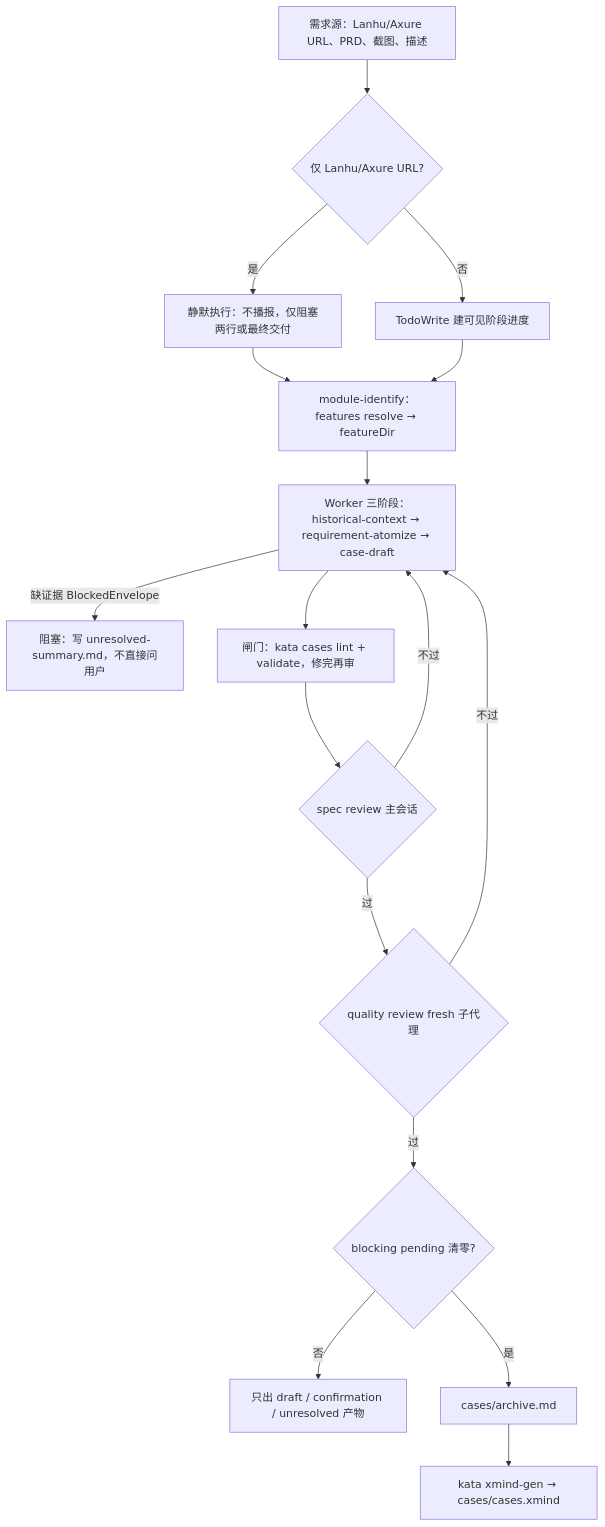
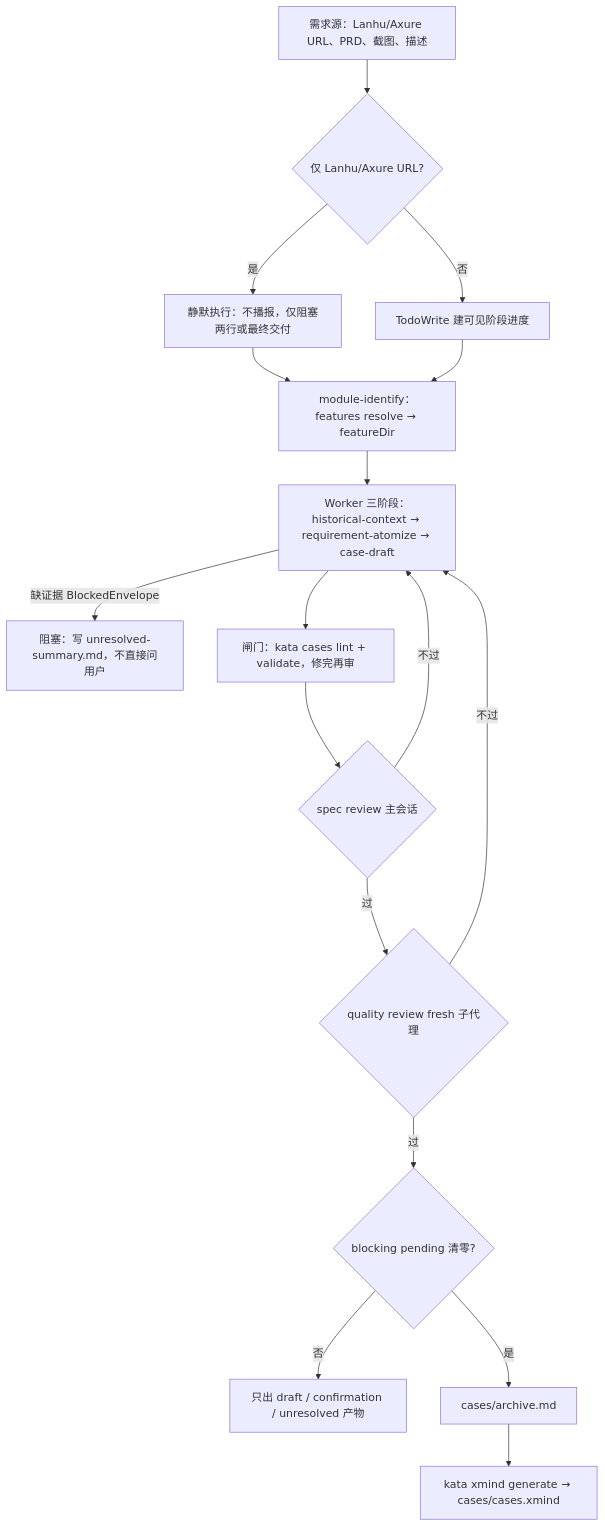
One commit to koco-co/kata changed the diagram in .claude/skills/case-draft/SKILL.md. Above: the diagram before and after it, drawn with Mermaid. The commit also changed other lines of this file and 188 other files, not shown here.

````diff
--- a/.claude/skills/case-draft/SKILL.md
+++ b/.claude/skills/case-draft/SKILL.md
@@ -37,19 +37,19 @@
 ```mermaid
 flowchart TD
     SRC["需求源：Lanhu/Axure URL、PRD、截图、描述"] --> Q0{"仅 Lanhu/Axure URL?"}
     Q0 -->|是| SILENT["静默执行：不播报，仅阻塞两行或最终交付"]
     Q0 -->|否| VIS["TodoWrite 建可见阶段进度"]
     SILENT --> MI["module-identify：features resolve → featureDir"]
     VIS --> MI
     MI --> W["Worker 三阶段：historical-context → requirement-atomize → case-draft"]
     W -->|缺证据 BlockedEnvelope| BK["阻塞：写 unresolved-summary.md，不直接问用户"]
     W --> GATE["闸门：kata cases lint + validate，修完再审"]
     GATE --> SR{"spec review 主会话"}
     SR -->|不过| W
     SR -->|过| QR{"quality review fresh 子代理"}
     QR -->|不过| W
     QR -->|过| BP{"blocking pending 清零?"}
     BP -->|否| DRAFT["只出 draft / confirmation / unresolved 产物"]
     BP -->|是| AR["cases/archive.md"]
-    AR --> XM["kata xmind-gen → cases/cases.xmind"]
+    AR --> XM["kata xmind generate → cases/cases.xmind"]
 ```
````
